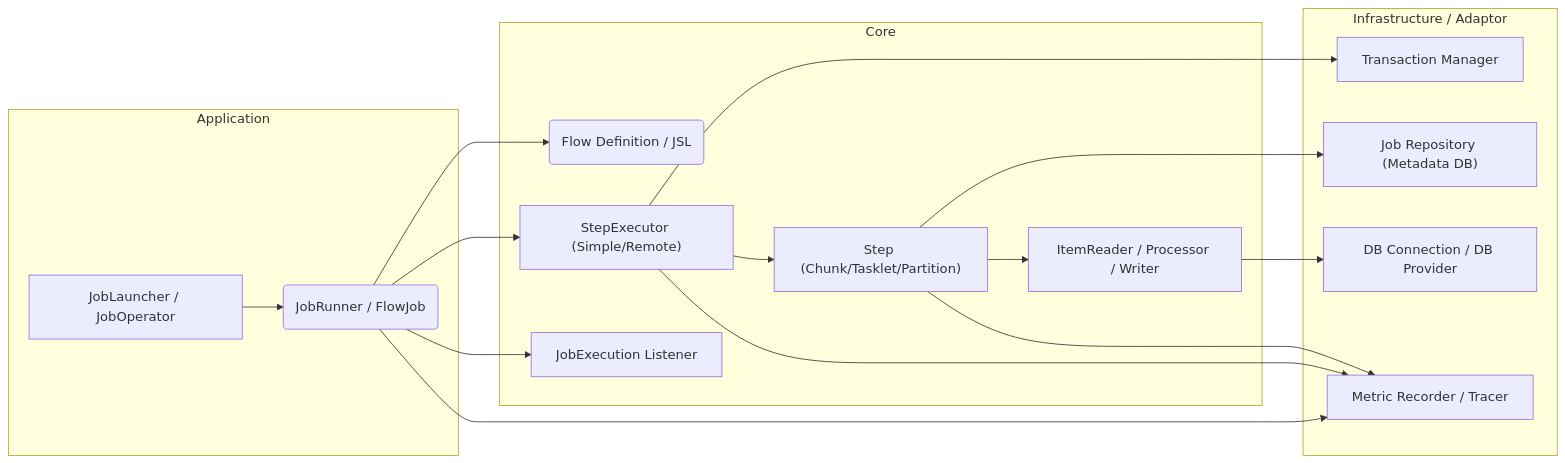
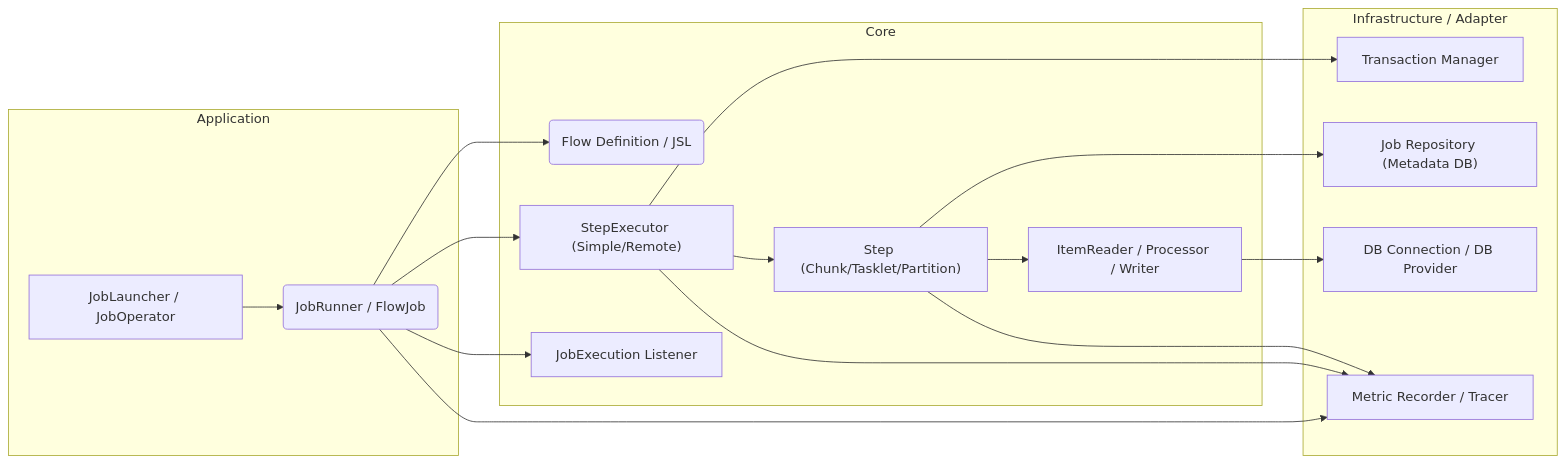
The first of 2 diagrams in docs/architecture/02_layer_and_flow.md (tigerroll/surfin), drawn with Mermaid before and after one commit. The commit also changed other lines of this file and 48 other files, not shown here.

Commit message:
refactor: rename adaptor to adapter.

````diff
--- a/docs/architecture/02_layer_and_flow.md
+++ b/docs/architecture/02_layer_and_flow.md
@@ -9,21 +9,21 @@
 ```mermaid
 graph LR
     subgraph Application
         A["JobLauncher / JobOperator"] --> B("JobRunner / FlowJob")
     end
 
     subgraph Core
         B --> C("Flow Definition / JSL")
         B --> D["StepExecutor (Simple/Remote)"]
         B --> E["JobExecution Listener"]
         D --> F["Step (Chunk/Tasklet/Partition)"]
         F --> G["ItemReader / Processor / Writer"]
     end
 
-    subgraph "Infrastructure / Adaptor"
+    subgraph "Infrastructure / Adapter"
         D --> H["Transaction Manager"]
         F --> I["Job Repository (Metadata DB)"]
         G --> J["DB Connection / DB Provider"]
         B & D & F --> K["Metric Recorder / Tracer"]
     end
 ```
````
